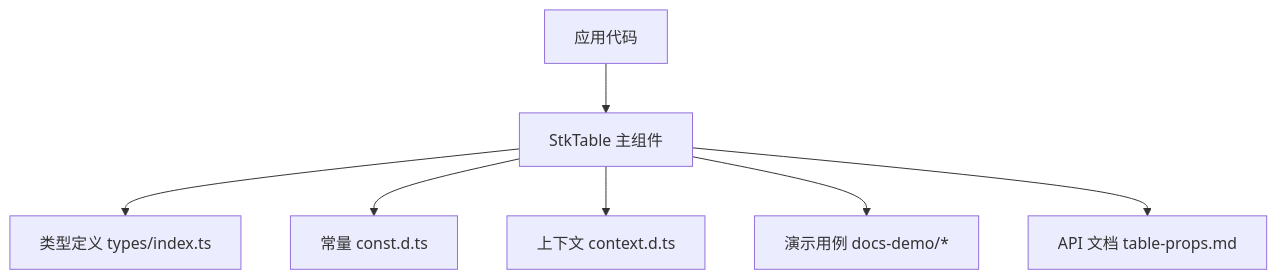
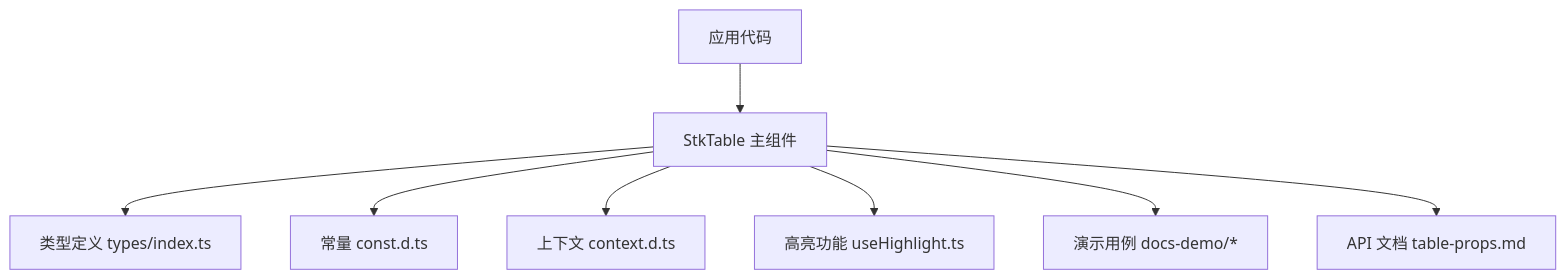
One commit to ja-plus/stk-table-react changed the second of 3 diagrams in .qoder/repowiki/zh/content/API 参考/表格属性 (Props)/表格属性 (Props).md. Above: the diagram before and after it, drawn with Mermaid. The commit also changed other lines of this file and 31 other files, not shown here.

````diff
--- a/.qoder/repowiki/zh/content/API 参考/表格属性 (Props)/表格属性 (Props).md
+++ b/.qoder/repowiki/zh/content/API 参考/表格属性 (Props)/表格属性 (Props).md
@@ -108,9 +119,10 @@
 ```mermaid
 graph TB
 App["应用代码"] --> STK["StkTable 主组件"]
 STK --> Types["类型定义 types/index.ts"]
 STK --> Consts["常量 const.d.ts"]
 STK --> Ctx["上下文 context.d.ts"]
+STK --> Highlight["高亮功能 useHighlight.ts"]
 STK --> Demo["演示用例 docs-demo/*"]
 STK --> Docs["API 文档 table-props.md"]
 ```
````
